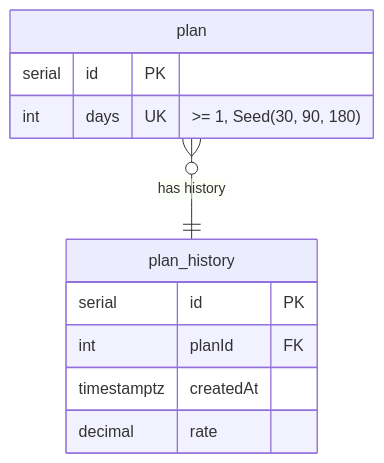
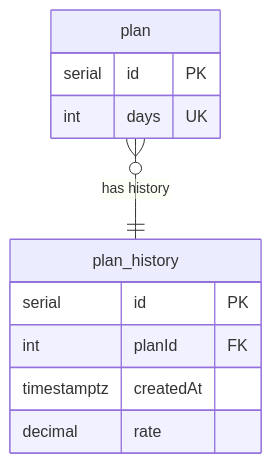
The first of 2 diagrams in docs/diagrams/database/plan-management.md (coinhub-uit/coinhub-uit.github.io), drawn with Mermaid before and after one commit. The commit also changed 1 other file, not shown here.

Commit message:
fix(db): mermaid update quote for markdown which break >

````diff
--- a/docs/diagrams/database/plan-management.md
+++ b/docs/diagrams/database/plan-management.md
@@ -11,16 +11,16 @@
 ```mermaid
 erDiagram
   plan {
     serial id PK
-    int days UK ">= 1, Seed(30, 90, 180)"
+    int days UK
   }
 
   plan_history {
     serial id PK
     int planId FK
     timestamptz createdAt
     decimal rate
   }
 
   plan }o--|| plan_history : "has history"
 ```
````
